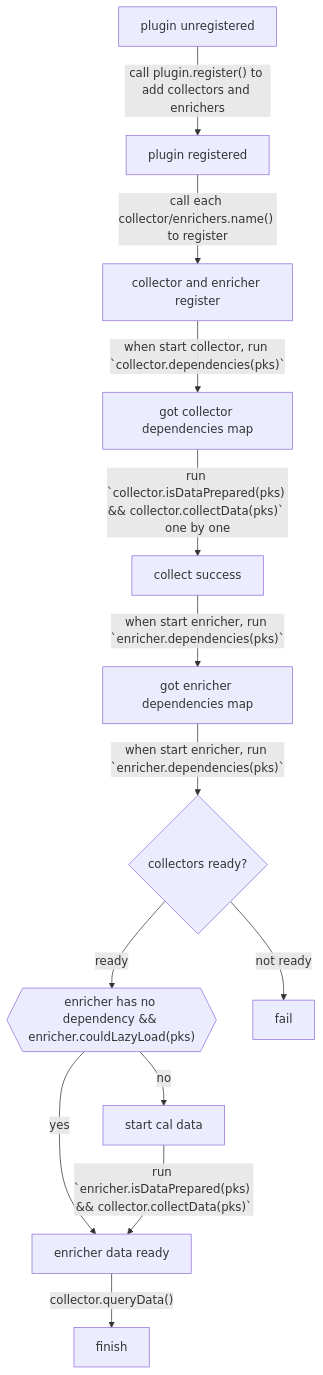
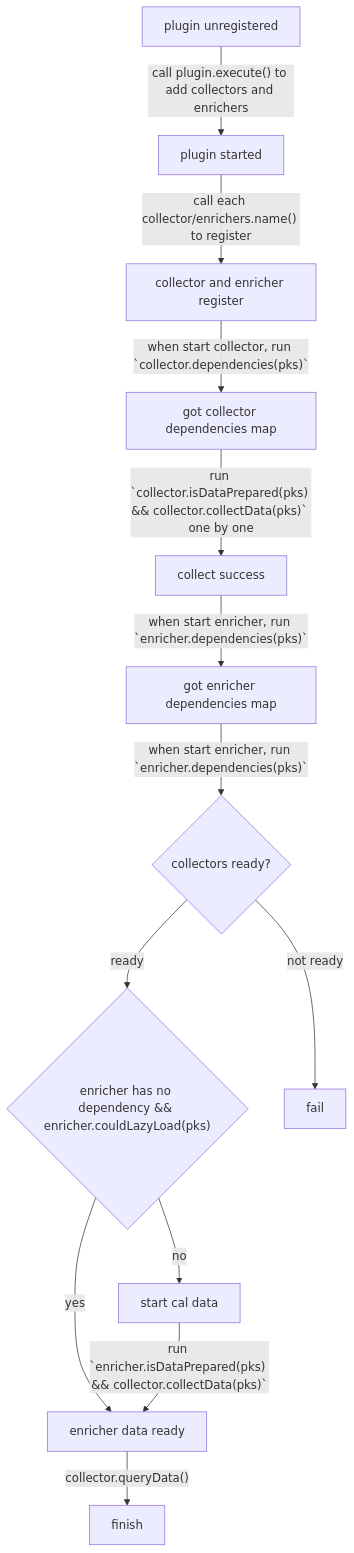
One commit to apache/incubator-devlake changed the second of 2 diagrams in plugins/README.md. Above: the diagram before and after it, drawn with Mermaid. The commit also changed other lines of this file and 3 other files, not shown here.

````diff
--- a/plugins/README.md
+++ b/plugins/README.md
@@ -16,15 +14,15 @@
 ```mermaid
 graph TD;
-    A[plugin unregistered]--"call plugin.register() to add collectors and enrichers"-->B[plugin registered]
+    A[plugin unregistered]--"call plugin.execute() to add collectors and enrichers"-->B[plugin started]
     B --"call each collector/enrichers.name() to register"--> C[collector and enricher register]
     C --"when start collector, run `collector.dependencies(pks)`"--> D[got collector dependencies map]
     D --"run `collector.isDataPrepared(pks) && collector.collectData(pks)` one by one"--> E[collect success]
     E --"when start enricher, run `enricher.dependencies(pks)`"--> F[got enricher dependencies map]
     F --"when start enricher, run `enricher.dependencies(pks)`"--> G{collectors ready?}
-    G --"ready"--> I{{"enricher has no dependency && enricher.couldLazyLoad(pks)"}}
+    G --"ready"--> I{"enricher has no dependency && enricher.couldLazyLoad(pks)"}
     G --"not ready"--> H[fail]
     I --"no"--> J[start cal data]
     I --"yes"--> K[finish]
     J --"run `enricher.isDataPrepared(pks) && collector.collectData(pks)`"--> K[enricher data ready]
     K --"collector.queryData()"--> M[finish]
 ```
````
